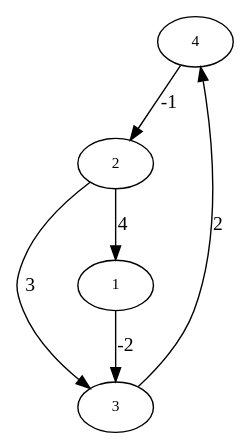
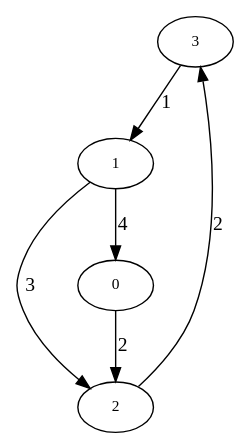
Before and after one commit to alessandro11/Floyd-Warshall: the diagram in graph-examples/d4.dot, drawn with Graphviz.

Commit message:
Change weights negatives to positives.

```diff
--- a/graph-examples/d4.dot
+++ b/graph-examples/d4.dot
@@ -1,17 +1,17 @@
 strict digraph "d" {
 	splines=true;
 	sep="+25,25";
 	overlap=scalexy;
 	nodesep=0.8;
 	node [fontsize=11];
 
-	4;
 	3;
 	2;
 	1;
-	1 -> 3 ["peso"=-2, label=-2]
-	2 -> 1 ["peso"=4, label=4]
-	2 -> 3 ["peso"=3, label=3]
-	3 -> 4 ["peso"=2, label=2]
-	4 -> 2 ["peso"=-1, label=-1]
+	0;
+	0 -> 2 ["peso"=2, label=2]
+	1 -> 0 ["peso"=4, label=4]
+	1 -> 2 ["peso"=3, label=3]
+	2 -> 3 ["peso"=2, label=2]
+	3 -> 1 ["peso"=1, label=1]
 }
```
